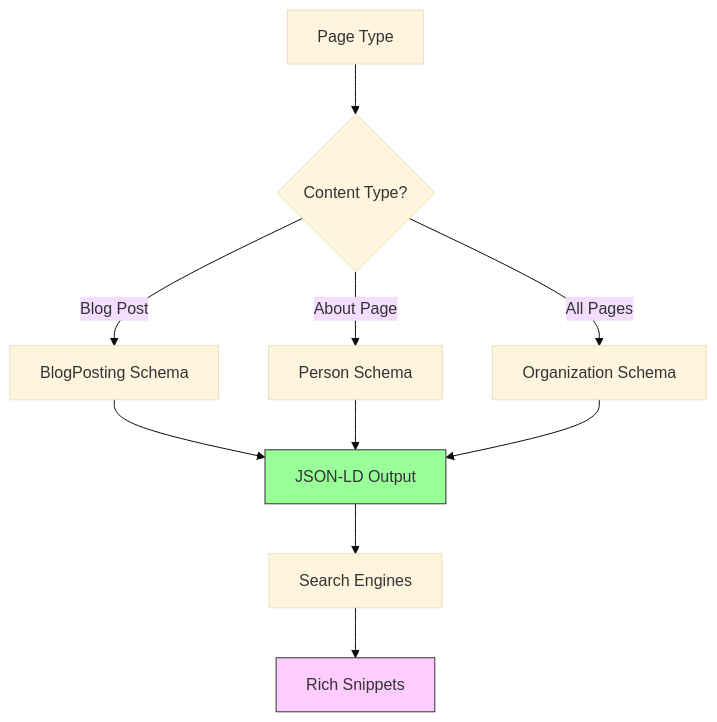
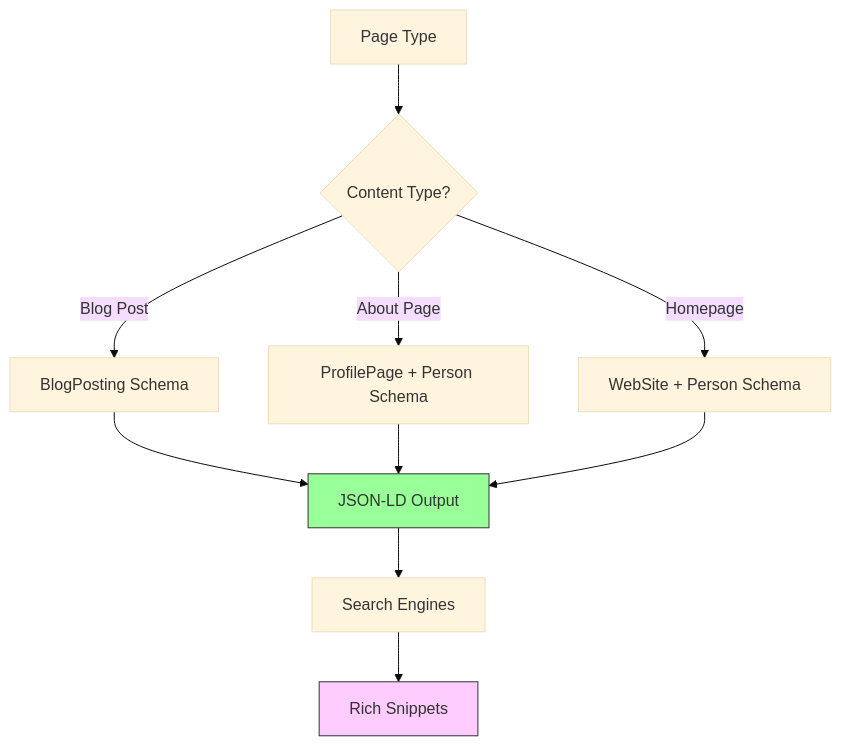
Before and after one commit to russmckendrick/blog: diagram 12 of 12 in docs/architecture/overview.md, drawn with Mermaid (base theme). The commit also changed other lines of this file and 22 other files, not shown here.

````diff
--- a/docs/architecture/overview.md
+++ b/docs/architecture/overview.md
@@ -419,17 +419,17 @@
 ```mermaid
 graph TD
     A[Page Type] --> B{Content Type?}
     B -->|Blog Post| C[BlogPosting Schema]
-    B -->|About Page| D[Person Schema]
-    B -->|All Pages| E[Organization Schema]
+    B -->|About Page| D[ProfilePage + Person Schema]
+    B -->|Homepage| E[WebSite + Person Schema]
 
     C --> F[JSON-LD Output]
     D --> F
     E --> F
 
     F --> G[Search Engines]
     G --> H[Rich Snippets]
 
     style F fill:#9f9,stroke:#333
     style H fill:#fcf,stroke:#333
 ```
````
